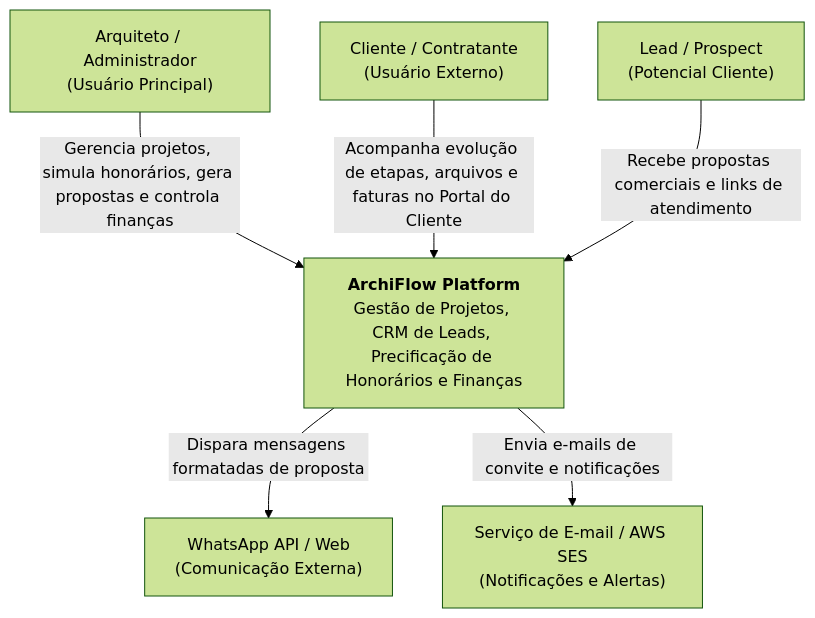
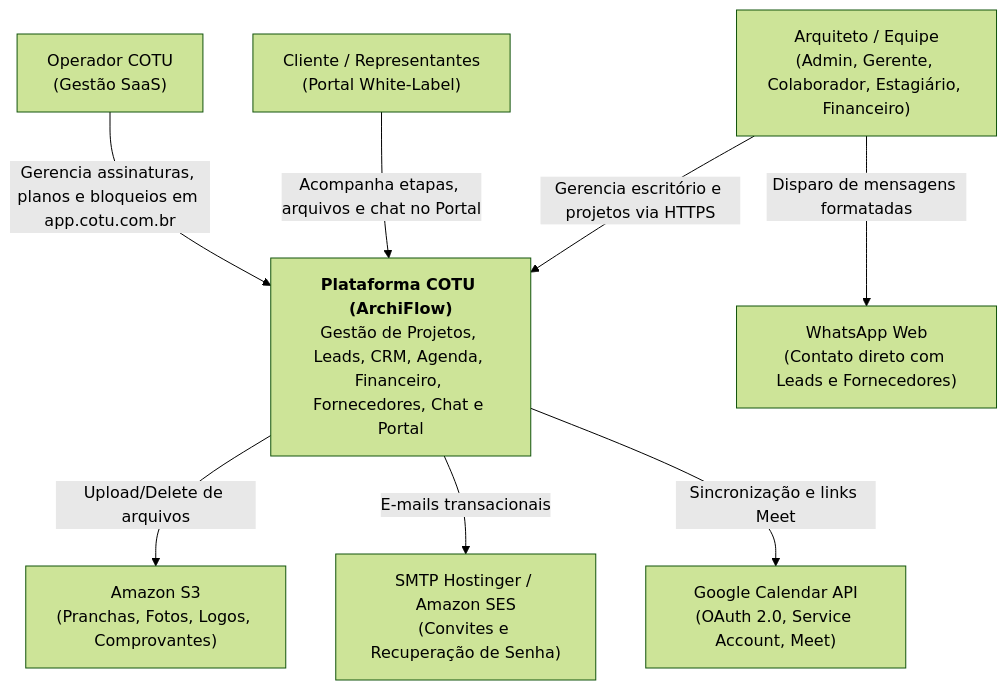
Before and after one commit to GabrielBandoch/ArchiFlow.API: the first of 3 diagrams in wiki/Arquitetura.md, drawn with Mermaid (forest theme). The commit also changed other lines of this file and 6 other files, not shown here.

````diff
--- a/wiki/Arquitetura.md
+++ b/wiki/Arquitetura.md
@@ -39,18 +32,22 @@
 ```mermaid
 graph TD
-    Arquiteto["Arquiteto / Administrador<br/>(Usuário Principal)"]
-    Cliente["Cliente / Contratante<br/>(Usuário Externo)"]
-    Lead["Lead / Prospect<br/>(Potencial Cliente)"]
+    Arquiteto["Arquiteto / Equipe<br/>(Admin, Gerente, Colaborador, Estagiário, Financeiro)"]
+    Cliente["Cliente / Representantes<br/>(Portal White-Label)"]
+    SuperAdmin["Operador COTU<br/>(Gestão SaaS)"]
 
-    Sistema["<b>ArchiFlow Platform</b><br/>Gestão de Projetos, CRM de Leads, Precificação de Honorários e Finanças"]
+    COTU["<b>Plataforma COTU (ArchiFlow)</b><br/>Gestão de Projetos, Leads, CRM, Agenda, Financeiro, Fornecedores, Chat e Portal"]
 
-    WhatsApp["WhatsApp API / Web<br/>(Comunicação Externa)"]
-    EmailService["Serviço de E-mail / AWS SES<br/>(Notificações e Alertas)"]
+    S3["Amazon S3<br/>(Pranchas, Fotos, Logos, Comprovantes)"]
+    Email["SMTP Hostinger / Amazon SES<br/>(Convites e Recuperação de Senha)"]
+    GCal["Google Calendar API<br/>(OAuth 2.0, Service Account, Meet)"]
+    WhatsApp["WhatsApp Web<br/>(Contato direto com Leads e Fornecedores)"]
 
-    Arquiteto -->|"Gerencia projetos, simula honorários, gera propostas e controla finanças"| Sistema
-    Cliente -->|"Acompanha evolução de etapas, arquivos e faturas no Portal do Cliente"| Sistema
-    Lead -->|"Recebe propostas comerciais e links de atendimento"| Sistema
+    Arquiteto -->|"Gerencia escritório e projetos via HTTPS"| COTU
+    Cliente -->|"Acompanha etapas, arquivos e chat no Portal"| COTU
+    SuperAdmin -->|"Gerencia assinaturas, planos e bloqueios em app.cotu.com.br"| COTU
 
-    Sistema -->|"Dispara mensagens formatadas de proposta"| WhatsApp
-    Sistema -->|"Envia e-mails de convite e notificações"| EmailService
+    COTU -->|"Upload/Delete de arquivos"| S3
+    COTU -->|"E-mails transacionais"| Email
+    COTU -->|"Sincronização e links Meet"| GCal
+    Arquiteto -->|"Disparo de mensagens formatadas"| WhatsApp
 ```
````
